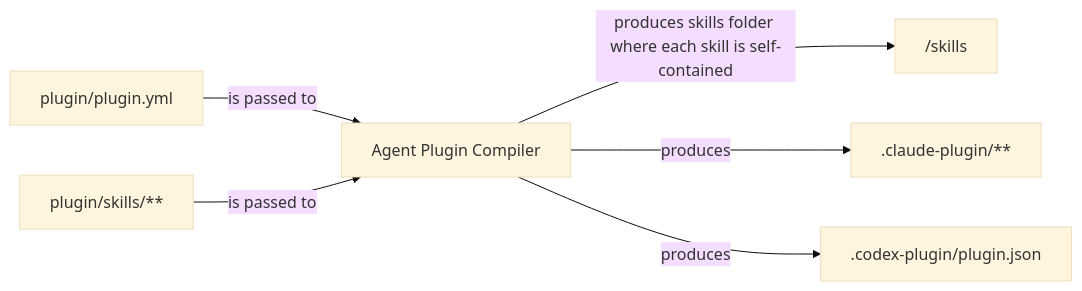
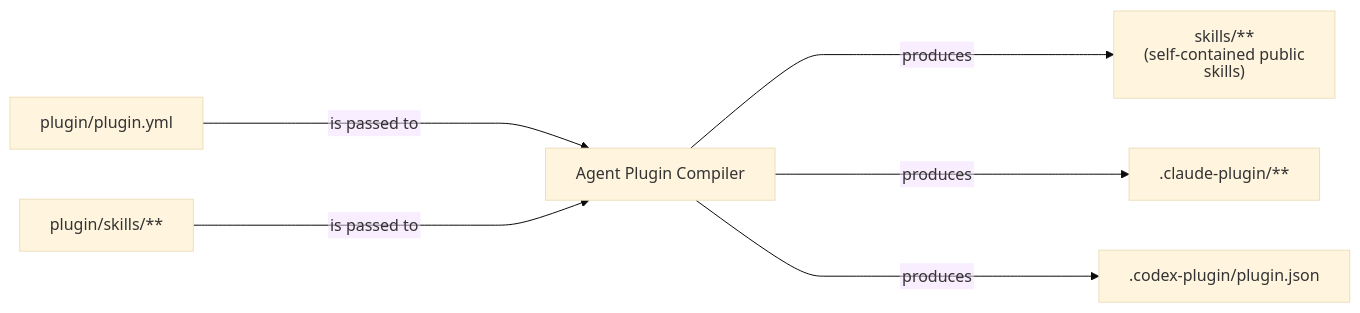
One commit to fam-tung-lam/ptlam-agent-plugin-compiler changed the diagram in README.md. Above: the diagram before and after it, drawn with Mermaid (base theme). The commit also changed 2 other files, not shown here.

Commit message:
docs: standardize Mermaid diagrams

````diff
--- a/README.md
+++ b/README.md
@@ -49,15 +49,22 @@
 ```mermaid
+---
+config:
+  htmlLabels: false
+---
 flowchart LR
-  Manifest["plugin/plugin.yml"]
-  Sources["plugin/skills/**"]
-  Compiler["Agent Plugin Compiler"]
-  Skill["/skills"]
-  Claude[".claude-plugin/**"]
-  Codex[".codex-plugin/plugin.json"]
+    PluginManifest["`plugin/plugin.yml`"]
+    SkillSources["`plugin/skills/**`"]
+    AgentPluginCompiler["`Agent Plugin Compiler`"]
+    SharedSkills["`
+        skills/**
+        (self-contained public skills)
+    `"]
+    ClaudePlugin["`.claude-plugin/**`"]
+    CodexPlugin["`.codex-plugin/plugin.json`"]
 
-  Manifest -->|is passed to| Compiler
-  Sources -->|is passed to| Compiler
-  Compiler -->|"produces skills folder where each skill is self-contained"| Skill
-  Compiler -->|produces| Claude
-  Compiler -->|produces| Codex
+    PluginManifest ------>|"`is passed to`"| AgentPluginCompiler
+    SkillSources ------>|"`is passed to`"| AgentPluginCompiler
+    AgentPluginCompiler ------>|"`produces`"| SharedSkills
+    AgentPluginCompiler ------>|"`produces`"| ClaudePlugin
+    AgentPluginCompiler ------>|"`produces`"| CodexPlugin
 ```
````
